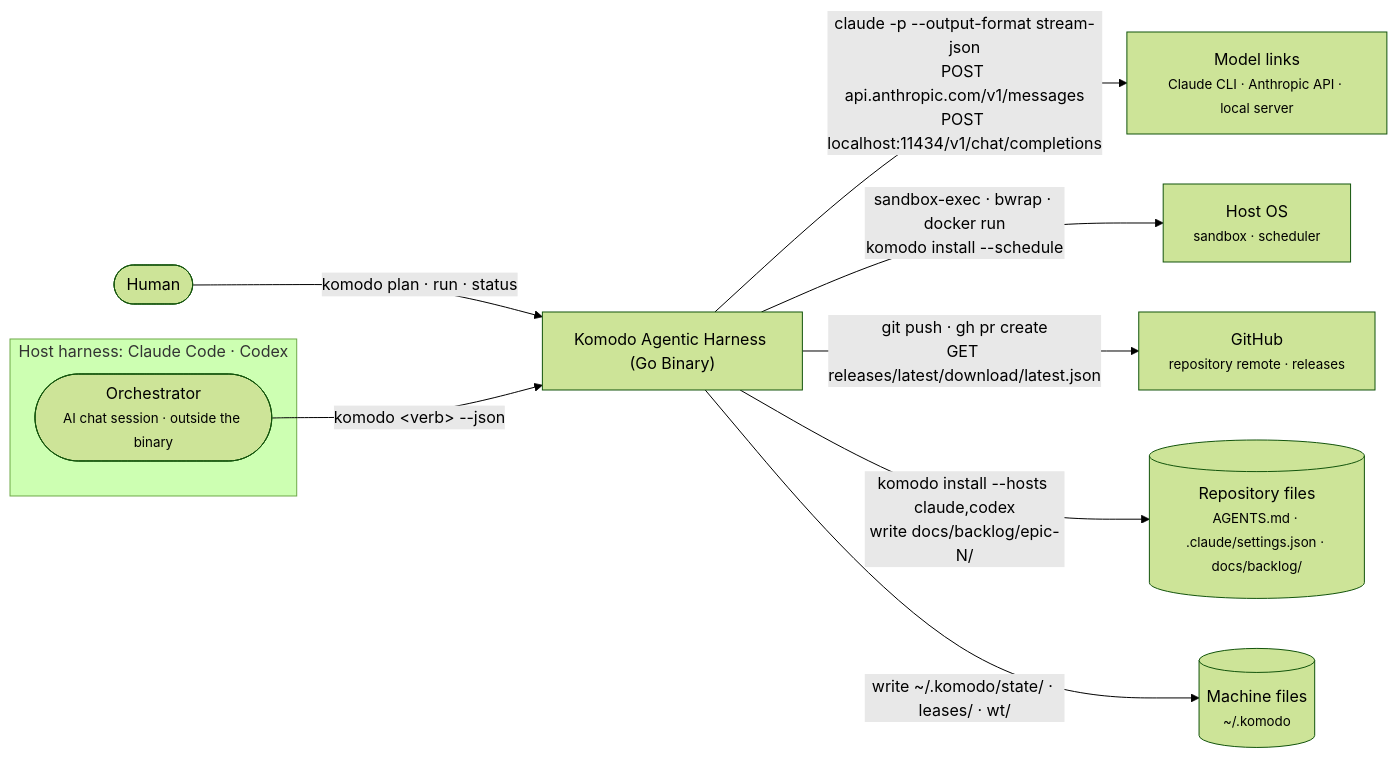
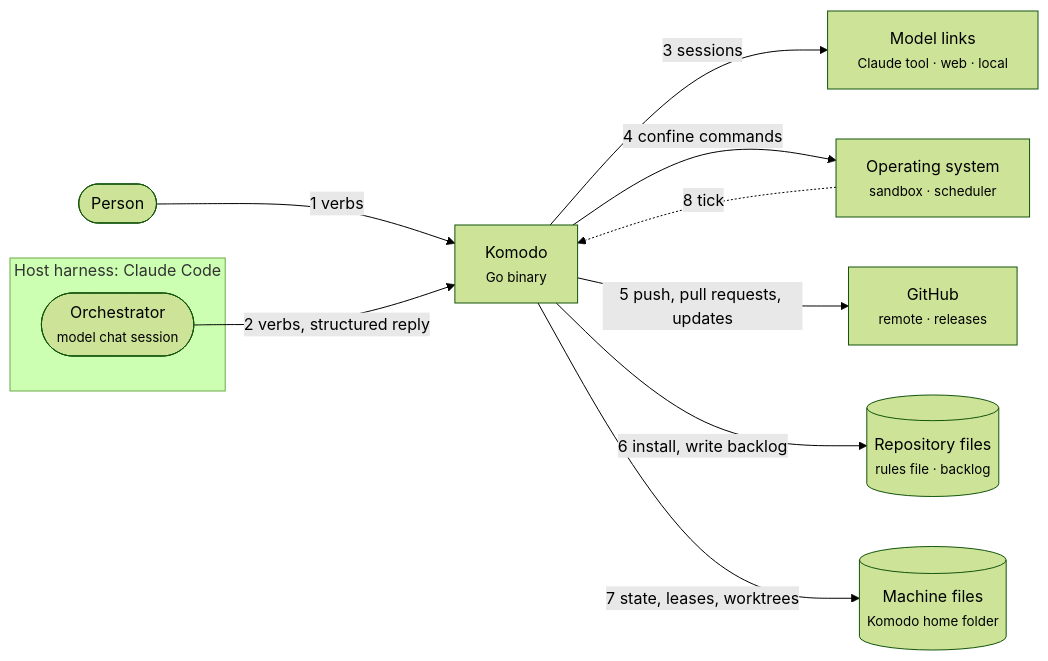
The second of 46 diagrams in docs/hld.md (rdevitto86/komodo-agentic-harness-coding), drawn with Mermaid (forest theme) before and after one commit. The commit also changed other lines of this file and 2 other files, not shown here.

First line of the commit message:
docs: HLD rewritten as an architecture-only document with 14 subsystem pages and the former Appendix S folded in

````diff
--- a/docs/hld.md
+++ b/docs/hld.md
@@ -110,25 +182,21 @@
 ```mermaid
----
-config:
-  elk:
-    nodePlacementStrategy: NETWORK_SIMPLEX
----
 flowchart LR
-  H(["Human"]):::actor
-  subgraph HH["Host harness: Claude Code · Codex"]
-    O(["Orchestrator<br><small>AI chat session · outside the binary</small>"]):::actor
+  H(["Person"]):::actor
+  subgraph HH["Host harness: Claude Code"]
+    O(["Orchestrator<br><small>model chat session</small>"]):::actor
   end
-  K["Komodo Agentic Harness (Go Binary)"]:::core
-  M["Model links<br><small>Claude CLI · Anthropic API · local server</small>"]:::ext
-  S["Host OS<br><small>sandbox · scheduler</small>"]:::ext
-  G["GitHub<br><small>repository remote · releases</small>"]:::ext
-  RF[("Repository files<br><small>AGENTS.md · .claude/settings.json · docs/backlog/</small>")]:::store
-  MF[("Machine files<br><small>~/.komodo</small>")]:::store
-  H -->|"komodo plan · run · status"| K
-  O -->|"komodo &lt;verb&gt; --json"| K
-  K -->|"claude -p --output-format stream-json<br>POST api.anthropic.com/v1/messages<br>POST localhost:11434/v1/chat/completions"| M
-  K -->|"sandbox-exec · bwrap · docker run<br>komodo install --schedule"| S
-  K -->|"git push · gh pr create<br>GET releases/latest/download/latest.json"| G
-  K -->|"komodo install --hosts claude,codex<br>write docs/backlog/epic-N/"| RF
-  K -->|"write ~/.komodo/state/ · leases/ · wt/"| MF
+  K["Komodo<br><small>Go binary</small>"]:::core
+  M["Model links<br><small>Claude tool · web · local</small>"]:::ext
+  S["Operating system<br><small>sandbox · scheduler</small>"]:::ext
+  G["GitHub<br><small>remote · releases</small>"]:::ext
+  RF[("Repository files<br><small>rules file · backlog</small>")]:::store
+  MF[("Machine files<br><small>Komodo home folder</small>")]:::store
+  H -->|"1 verbs"| K
+  O -->|"2 verbs, structured reply"| K
+  K -->|"3 sessions"| M
+  K -->|"4 confine commands"| S
+  K -->|"5 push, pull requests, updates"| G
+  K -->|"6 install, write backlog"| RF
+  K -->|"7 state, leases, worktrees"| MF
+  S -.->|"8 tick"| K
 ```
````
